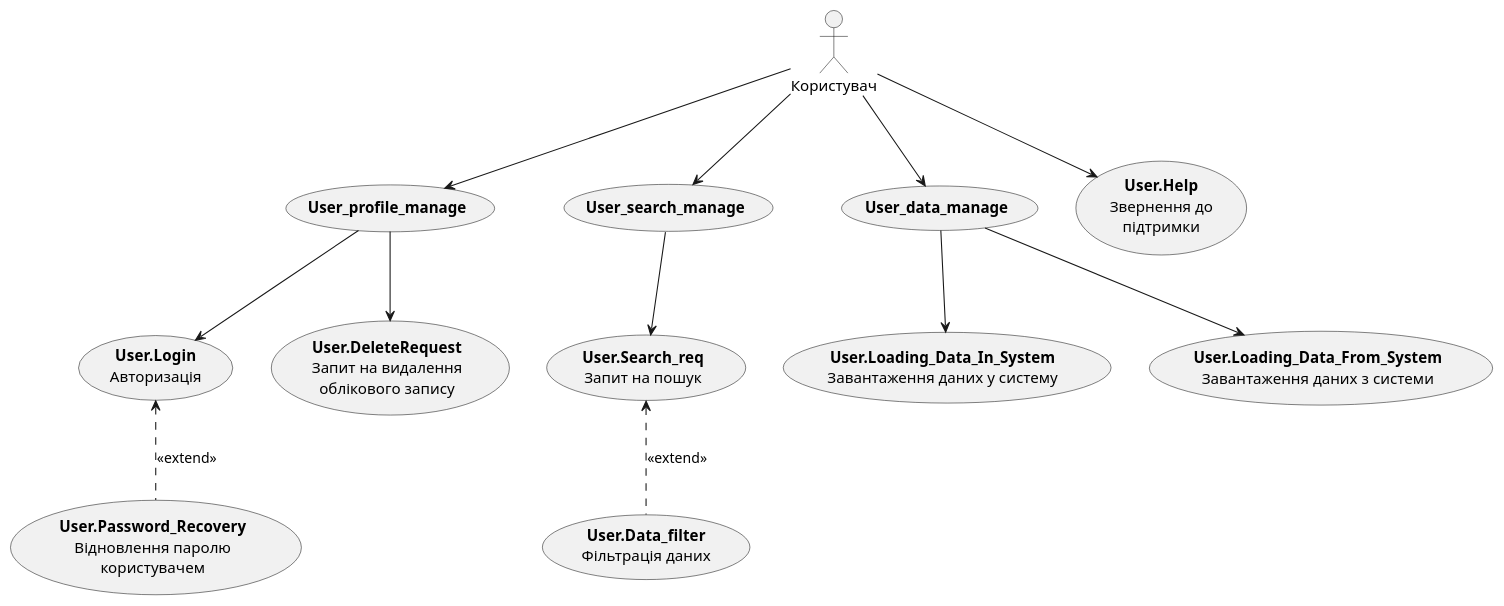
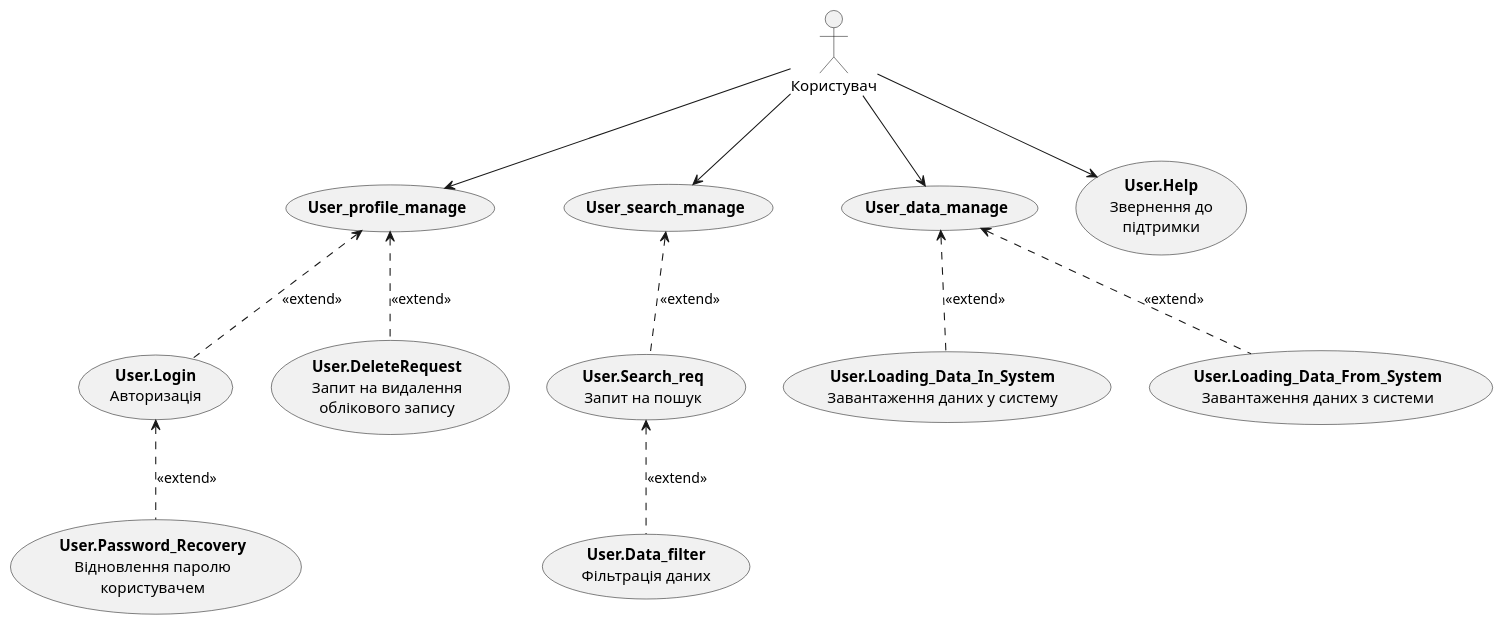
One commit to nonGratis/retarder-io-23-3 changed the second of 11 diagrams in docs/use cases/README.md. Above: the diagram before and after it, drawn with PlantUML.

Commit message:
correct definition of arrows on the user's UML

````diff
--- a/docs/use cases/README.md
+++ b/docs/use cases/README.md
@@ -45,33 +45,33 @@
 ```plantuml
 @startuml
 
 actor "Користувач" as User
 
 usecase "<b>User_profile_manage</b>" as User_profile_manage
 usecase "<b>User_search_manage</b>" as User_search_manage
 usecase "<b>User_data_manage</b>" as User_data_manage
 
 usecase "<b>User.Help</b>\nЗвернення до\nпідтримки" as User.Help
 usecase "<b>User.Login</b>\nАвторизація" as User.Login
 usecase "<b>User.Password_Recovery</b>\nВідновлення паролю\nкористувачем" as User.Password_Recovery
 usecase "<b>User.DeleteRequest</b>\nЗапит на видалення\nоблікового запису" as User.DeleteRequest
 usecase "<b>User.Search_req</b>\nЗапит на пошук" as User.Search_req
 usecase "<b>User.Data_filter</b>\nФільтрація даних" as User.Data_filter
 usecase "<b>User.Loading_Data_In_System</b>\nЗавантаження даних у систему" as User.Loading_Data_In_System
 usecase "<b>User.Loading_Data_From_System</b>\nЗавантаження даних з системи" as User.Loading_Data_From_System
 
 User --> User.Help
 User --> User_profile_manage
 User --> User_search_manage
 User --> User_data_manage
 
-User_profile_manage --> User.Login 
+User_profile_manage <-[dashed]- User.Login : <<extend>>
 User.Login <-[dashed]- User.Password_Recovery : <<extend>>
-User_profile_manage --> User.DeleteRequest
-User_search_manage --> User.Search_req
+User_profile_manage <-[dashed]- User.DeleteRequest : <<extend>>
+User_search_manage <-[dashed]- User.Search_req : <<extend>>
 User.Search_req <-[dashed]- User.Data_filter : <<extend>>
-User_data_manage --> User.Loading_Data_In_System
-User_data_manage --> User.Loading_Data_From_System
+User_data_manage <-[dashed]- User.Loading_Data_In_System : <<extend>>
+User_data_manage <-[dashed]- User.Loading_Data_From_System : <<extend>>
 
 @enduml
 ```
````
